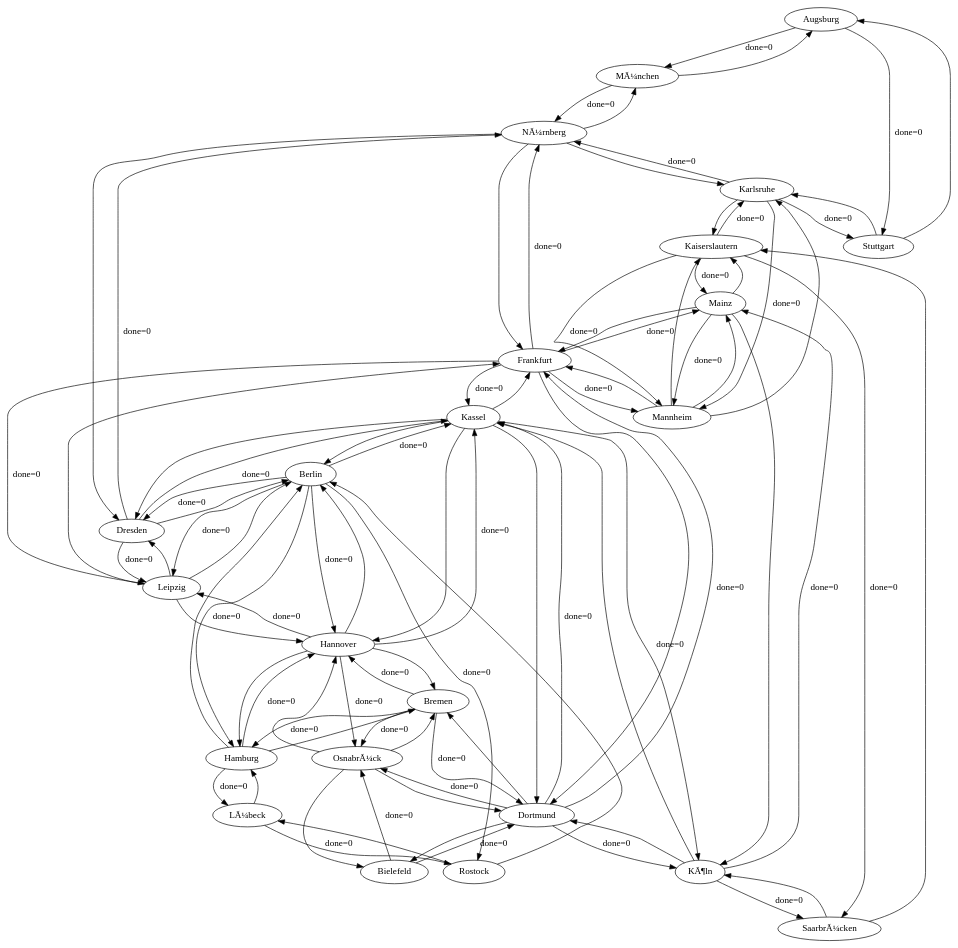
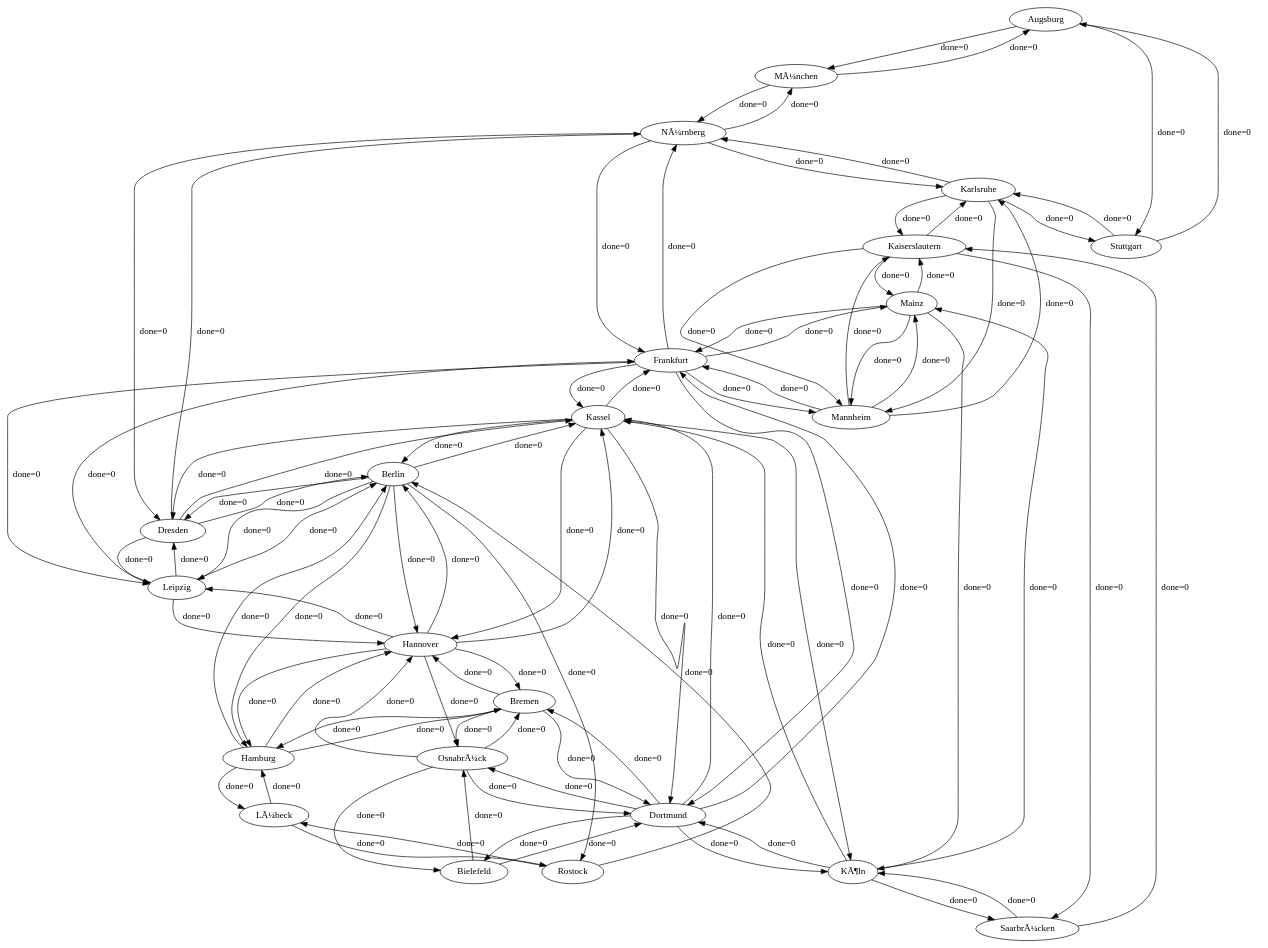
One commit to MaxPower9001/B-AI3GKAP changed the diagram in testkram.dot. Above: the diagram before and after it, drawn with Graphviz. The commit also changed 5 other files, not shown here.

```diff
--- a/testkram.dot
+++ b/testkram.dot
@@ -1,114 +1,114 @@
 digraph testkram
 {
 "Augsburg"
 "MÃ¼nchen"
 "Stuttgart"
 "Berlin"
 "Dresden"
 "Hamburg"
 "Hannover"
 "Kassel"
 "Leipzig"
 "Rostock"
 "Bielefeld"
 "Dortmund"
 "OsnabrÃ¼ck"
 "Bremen"
 "Frankfurt"
 "KÃ¶ln"
 "NÃ¼rnberg"
 "Mainz"
 "Mannheim"
 "LÃ¼beck"
 "Kaiserslautern"
 "Karlsruhe"
 "SaarbrÃ¼cken"
 "Augsburg" -> "MÃ¼nchen" [label="done=0  "]
 "Augsburg" -> "Stuttgart" [label="done=0  "]
-"MÃ¼nchen" -> "Augsburg" [label=""]
+"MÃ¼nchen" -> "Augsburg" [label="done=0  "]
 "MÃ¼nchen" -> "NÃ¼rnberg" [label="done=0  "]
-"Stuttgart" -> "Augsburg" [label=""]
-"Stuttgart" -> "Karlsruhe" [label=""]
+"Stuttgart" -> "Augsburg" [label="done=0  "]
+"Stuttgart" -> "Karlsruhe" [label="done=0  "]
 "Berlin" -> "Dresden" [label="done=0  "]
 "Berlin" -> "Hamburg" [label="done=0  "]
 "Berlin" -> "Hannover" [label="done=0  "]
 "Berlin" -> "Kassel" [label="done=0  "]
 "Berlin" -> "Leipzig" [label="done=0  "]
 "Berlin" -> "Rostock" [label="done=0  "]
-"Dresden" -> "Berlin" [label=""]
+"Dresden" -> "Berlin" [label="done=0  "]
 "Dresden" -> "Kassel" [label="done=0  "]
 "Dresden" -> "Leipzig" [label="done=0  "]
 "Dresden" -> "NÃ¼rnberg" [label="done=0  "]
-"Hamburg" -> "Berlin" [label=""]
+"Hamburg" -> "Berlin" [label="done=0  "]
 "Hamburg" -> "Hannover" [label="done=0  "]
-"Hamburg" -> "Bremen" [label=""]
+"Hamburg" -> "Bremen" [label="done=0  "]
 "Hamburg" -> "LÃ¼beck" [label="done=0  "]
-"Hannover" -> "Berlin" [label=""]
-"Hannover" -> "Hamburg" [label=""]
+"Hannover" -> "Berlin" [label="done=0  "]
+"Hannover" -> "Hamburg" [label="done=0  "]
 "Hannover" -> "Kassel" [label="done=0  "]
 "Hannover" -> "Leipzig" [label="done=0  "]
 "Hannover" -> "OsnabrÃ¼ck" [label="done=0  "]
-"Hannover" -> "Bremen" [label=""]
-"Kassel" -> "Berlin" [label=""]
-"Kassel" -> "Dresden" [label=""]
-"Kassel" -> "Hannover" [label=""]
-"Kassel" -> "Dortmund" [label=""]
-"Kassel" -> "Frankfurt" [label=""]
+"Hannover" -> "Bremen" [label="done=0  "]
+"Kassel" -> "Berlin" [label="done=0  "]
+"Kassel" -> "Dresden" [label="done=0  "]
+"Kassel" -> "Hannover" [label="done=0  "]
+"Kassel" -> "Dortmund" [label="done=0  "]
+"Kassel" -> "Frankfurt" [label="done=0  "]
 "Kassel" -> "KÃ¶ln" [label="done=0  "]
-"Leipzig" -> "Berlin" [label=""]
-"Leipzig" -> "Dresden" [label=""]
-"Leipzig" -> "Hannover" [label=""]
-"Leipzig" -> "Frankfurt" [label=""]
-"Rostock" -> "Berlin" [label=""]
-"Rostock" -> "LÃ¼beck" [label=""]
+"Leipzig" -> "Berlin" [label="done=0  "]
+"Leipzig" -> "Dresden" [label="done=0  "]
+"Leipzig" -> "Hannover" [label="done=0  "]
+"Leipzig" -> "Frankfurt" [label="done=0  "]
+"Rostock" -> "Berlin" [label="done=0  "]
+"Rostock" -> "LÃ¼beck" [label="done=0  "]
 "Bielefeld" -> "Dortmund" [label="done=0  "]
 "Bielefeld" -> "OsnabrÃ¼ck" [label="done=0  "]
 "Dortmund" -> "Kassel" [label="done=0  "]
-"Dortmund" -> "Bielefeld" [label=""]
+"Dortmund" -> "Bielefeld" [label="done=0  "]
 "Dortmund" -> "OsnabrÃ¼ck" [label="done=0  "]
-"Dortmund" -> "Bremen" [label=""]
+"Dortmund" -> "Bremen" [label="done=0  "]
 "Dortmund" -> "Frankfurt" [label="done=0  "]
 "Dortmund" -> "KÃ¶ln" [label="done=0  "]
-"OsnabrÃ¼ck" -> "Hannover" [label=""]
-"OsnabrÃ¼ck" -> "Bielefeld" [label=""]
-"OsnabrÃ¼ck" -> "Dortmund" [label=""]
-"OsnabrÃ¼ck" -> "Bremen" [label=""]
+"OsnabrÃ¼ck" -> "Hannover" [label="done=0  "]
+"OsnabrÃ¼ck" -> "Bielefeld" [label="done=0  "]
+"OsnabrÃ¼ck" -> "Dortmund" [label="done=0  "]
+"OsnabrÃ¼ck" -> "Bremen" [label="done=0  "]
 "Bremen" -> "Hamburg" [label="done=0  "]
 "Bremen" -> "Hannover" [label="done=0  "]
 "Bremen" -> "Dortmund" [label="done=0  "]
 "Bremen" -> "OsnabrÃ¼ck" [label="done=0  "]
 "Frankfurt" -> "Kassel" [label="done=0  "]
 "Frankfurt" -> "Leipzig" [label="done=0  "]
-"Frankfurt" -> "Dortmund" [label=""]
+"Frankfurt" -> "Dortmund" [label="done=0  "]
 "Frankfurt" -> "NÃ¼rnberg" [label="done=0  "]
 "Frankfurt" -> "Mainz" [label="done=0  "]
 "Frankfurt" -> "Mannheim" [label="done=0  "]
-"KÃ¶ln" -> "Kassel" [label=""]
-"KÃ¶ln" -> "Dortmund" [label=""]
+"KÃ¶ln" -> "Kassel" [label="done=0  "]
+"KÃ¶ln" -> "Dortmund" [label="done=0  "]
 "KÃ¶ln" -> "Mainz" [label="done=0  "]
 "KÃ¶ln" -> "SaarbrÃ¼cken" [label="done=0  "]
-"NÃ¼rnberg" -> "MÃ¼nchen" [label=""]
-"NÃ¼rnberg" -> "Dresden" [label=""]
-"NÃ¼rnberg" -> "Frankfurt" [label=""]
-"NÃ¼rnberg" -> "Karlsruhe" [label=""]
-"Mainz" -> "Frankfurt" [label=""]
-"Mainz" -> "KÃ¶ln" [label=""]
+"NÃ¼rnberg" -> "MÃ¼nchen" [label="done=0  "]
+"NÃ¼rnberg" -> "Dresden" [label="done=0  "]
+"NÃ¼rnberg" -> "Frankfurt" [label="done=0  "]
+"NÃ¼rnberg" -> "Karlsruhe" [label="done=0  "]
+"Mainz" -> "Frankfurt" [label="done=0  "]
+"Mainz" -> "KÃ¶ln" [label="done=0  "]
 "Mainz" -> "Mannheim" [label="done=0  "]
-"Mainz" -> "Kaiserslautern" [label=""]
-"Mannheim" -> "Frankfurt" [label=""]
-"Mannheim" -> "Mainz" [label=""]
-"Mannheim" -> "Kaiserslautern" [label=""]
-"Mannheim" -> "Karlsruhe" [label=""]
-"LÃ¼beck" -> "Hamburg" [label=""]
+"Mainz" -> "Kaiserslautern" [label="done=0  "]
+"Mannheim" -> "Frankfurt" [label="done=0  "]
+"Mannheim" -> "Mainz" [label="done=0  "]
+"Mannheim" -> "Kaiserslautern" [label="done=0  "]
+"Mannheim" -> "Karlsruhe" [label="done=0  "]
+"LÃ¼beck" -> "Hamburg" [label="done=0  "]
 "LÃ¼beck" -> "Rostock" [label="done=0  "]
 "Kaiserslautern" -> "Mainz" [label="done=0  "]
 "Kaiserslautern" -> "Mannheim" [label="done=0  "]
 "Kaiserslautern" -> "Karlsruhe" [label="done=0  "]
 "Kaiserslautern" -> "SaarbrÃ¼cken" [label="done=0  "]
 "Karlsruhe" -> "Stuttgart" [label="done=0  "]
 "Karlsruhe" -> "NÃ¼rnberg" [label="done=0  "]
 "Karlsruhe" -> "Mannheim" [label="done=0  "]
-"Karlsruhe" -> "Kaiserslautern" [label=""]
-"SaarbrÃ¼cken" -> "KÃ¶ln" [label=""]
-"SaarbrÃ¼cken" -> "Kaiserslautern" [label=""]
+"Karlsruhe" -> "Kaiserslautern" [label="done=0  "]
+"SaarbrÃ¼cken" -> "KÃ¶ln" [label="done=0  "]
+"SaarbrÃ¼cken" -> "Kaiserslautern" [label="done=0  "]
 }
```
